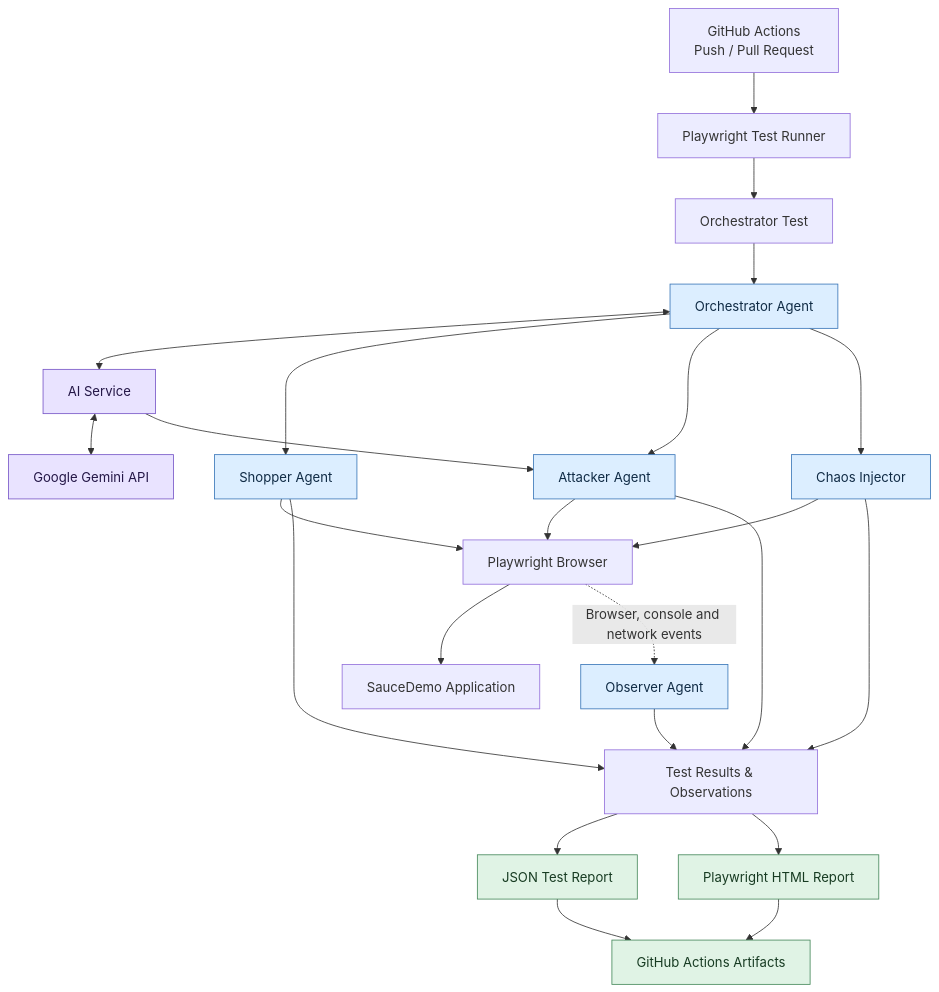
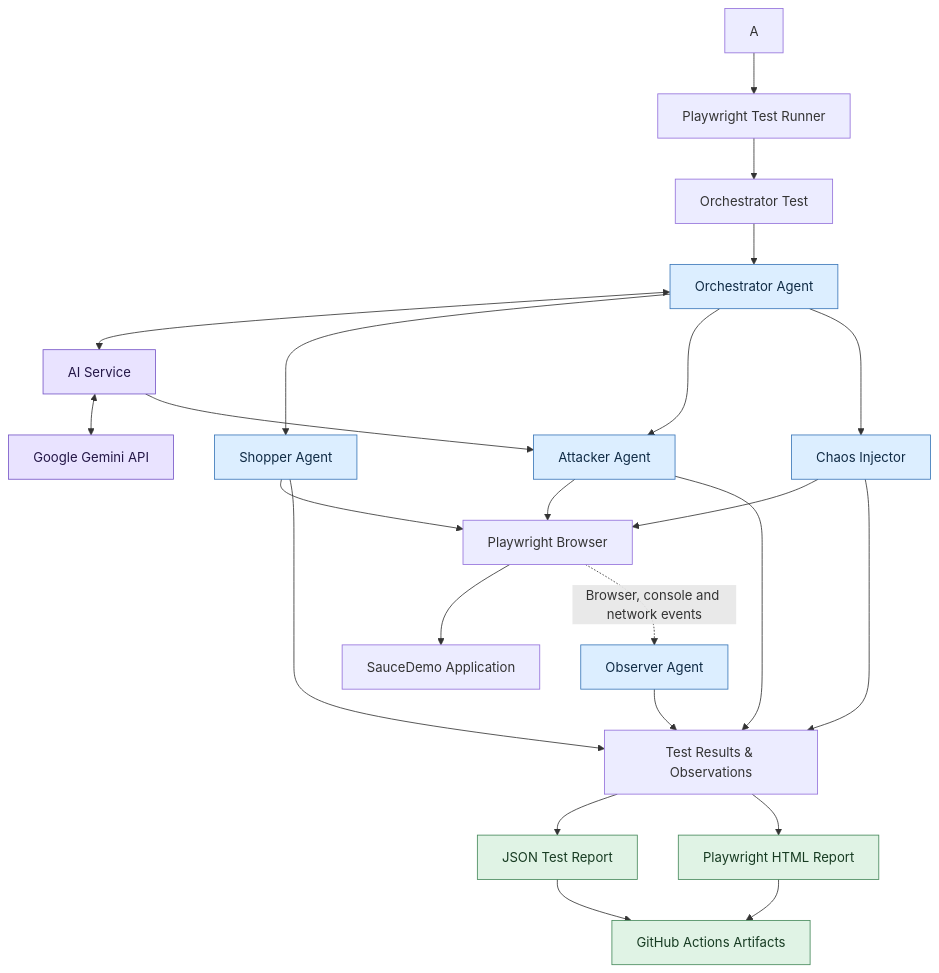
Before and after one commit to jobel1/AI-Powered-Multi-Agent-QA-Automation-Framework: the diagram in README.md, drawn with Mermaid.

Commit message:
Fix formatting in project architecture diagram

````diff
--- a/README.md
+++ b/README.md
@@ -19,42 +19,42 @@
 ```mermaid
 flowchart TD
-    A["GitHub Actions<br/>Push / Pull Request"] --> B["Playwright Test Runner"]
+    A --> B["Playwright Test Runner"]
     B --> C["Orchestrator Test"]
     C --> D["Orchestrator Agent"]
 
     D <--> E["AI Service"]
     E <--> F["Google Gemini API"]
 
     D --> G["Shopper Agent"]
     D --> H["Attacker Agent"]
     D --> I["Chaos Injector"]
 
     E --> H
 
     G --> J["Playwright Browser"]
     H --> J
     I --> J
 
     J --> K["SauceDemo Application"]
 
     J -. "Browser, console and network events" .-> L["Observer Agent"]
     L --> M["Test Results & Observations"]
 
     G --> M
     H --> M
     I --> M
 
     M --> N["JSON Test Report"]
     M --> O["Playwright HTML Report"]
 
     N --> P["GitHub Actions Artifacts"]
     O --> P
 
     classDef ai fill:#e9e3ff,stroke:#7655c7,color:#241747
     classDef agent fill:#dceeff,stroke:#3976b8,color:#102b45
     classDef output fill:#e0f3e5,stroke:#45885a,color:#173b22
 
     class E,F ai
     class D,G,H,I,L agent
     class N,O,P output
 ```
````
